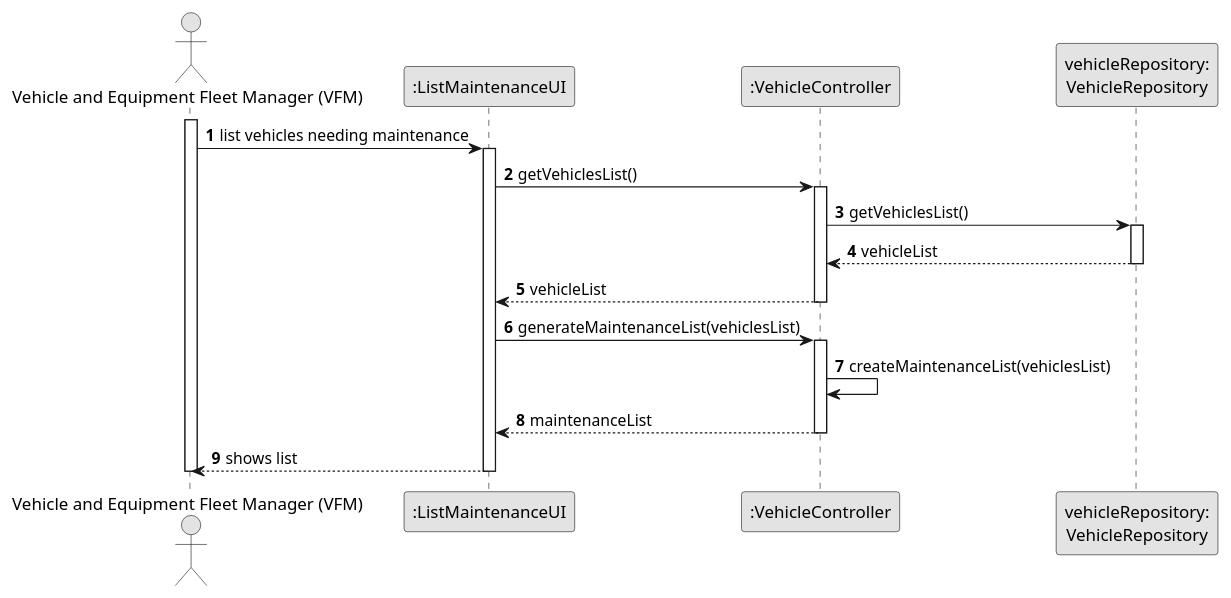
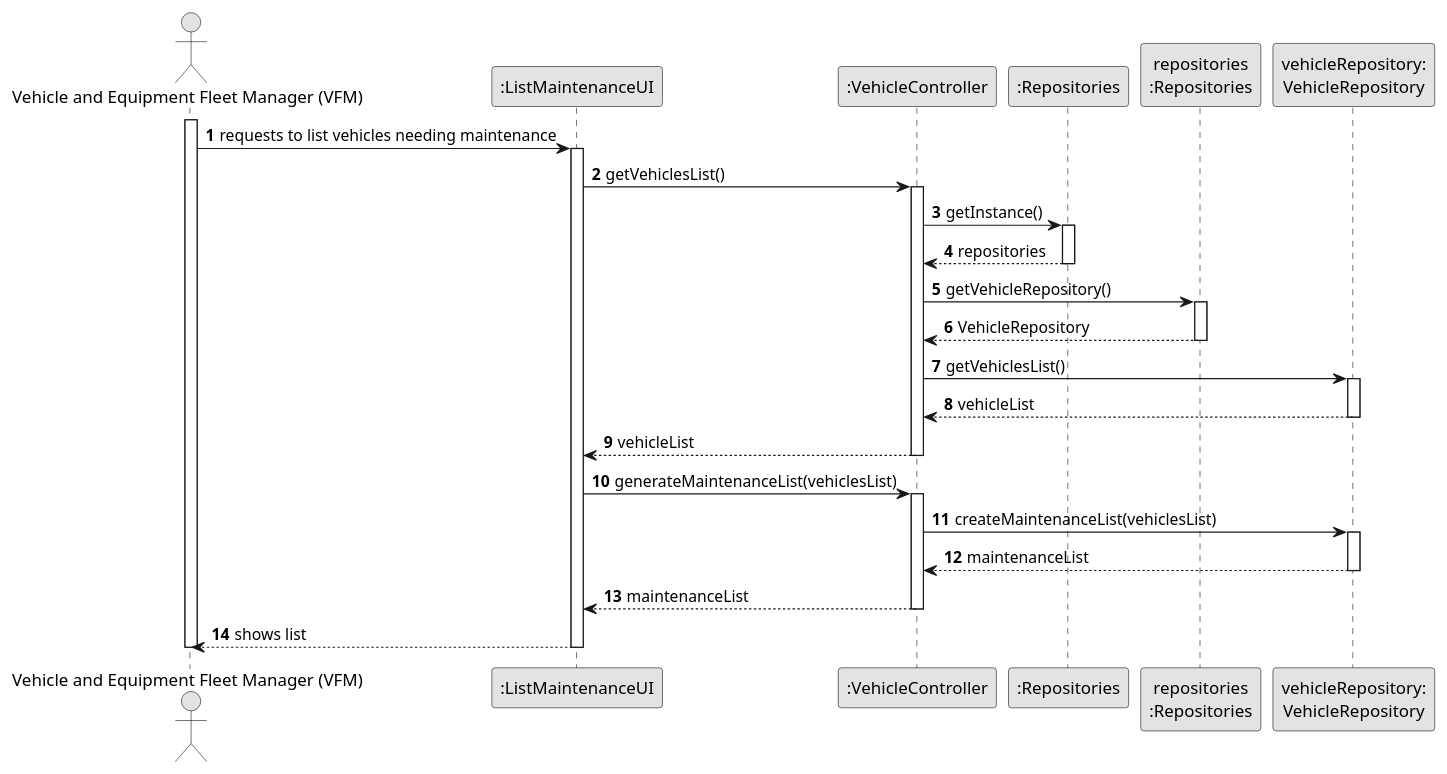
Before and after one commit to RicardoMorim/lapr2-ISEP-Project: the diagram in docs/sprintB/us008/03.design/puml/us008-sequence-diagram-full.puml, drawn with PlantUML. The commit also changed 7 other files, not shown here.

```diff
--- a/docs/sprintB/us008/03.design/puml/us008-sequence-diagram-full.puml
+++ b/docs/sprintB/us008/03.design/puml/us008-sequence-diagram-full.puml
@@ -1,49 +1,67 @@
 @startuml
 skinparam monochrome true
 skinparam packageStyle rectangle
 skinparam shadowing false
 
 autonumber
 
 'hide footbox
 actor "Vehicle and Equipment Fleet Manager (VFM)" as VFM
 participant ":ListMaintenanceUI" as UI
 participant ":VehicleController" as CTRL
+participant ":Repositories" as RepositorySingleton
+participant "repositories\n:Repositories" as PLAT
 participant "vehicleRepository:\nVehicleRepository" as VehicleRepository
 
 
 activate VFM
 
-    VFM -> UI :list vehicles needing maintenance
+    VFM -> UI :requests to list vehicles needing maintenance
     activate UI
 
 
 
         UI -> CTRL : getVehiclesList()
         activate CTRL
+
+         CTRL -> RepositorySingleton : getInstance()
+        activate RepositorySingleton
+
+            RepositorySingleton --> CTRL: repositories
+        deactivate RepositorySingleton
+
+        CTRL -> PLAT : getVehicleRepository()
+        activate PLAT
+
+            PLAT --> CTRL: VehicleRepository
+        deactivate PLAT
+
 
             CTRL -> VehicleRepository : getVehiclesList()
             activate VehicleRepository
 
                 VehicleRepository --> CTRL : vehicleList
             deactivate VehicleRepository
 
             CTRL --> UI : vehicleList
         deactivate CTRL
 
 
         UI -> CTRL : generateMaintenanceList(vehiclesList)
         activate CTRL
 
-            CTRL -> CTRL : createMaintenanceList(vehiclesList)
+            CTRL -> VehicleRepository : createMaintenanceList(vehiclesList)
+            activate VehicleRepository
 
+            VehicleRepository --> CTRL: maintenanceList
+            deactivate
 
             CTRL --> UI : maintenanceList
         deactivate CTRL
 
         UI --> VFM : shows list
     deactivate UI
 
 deactivate VFM
 
 @enduml
```
